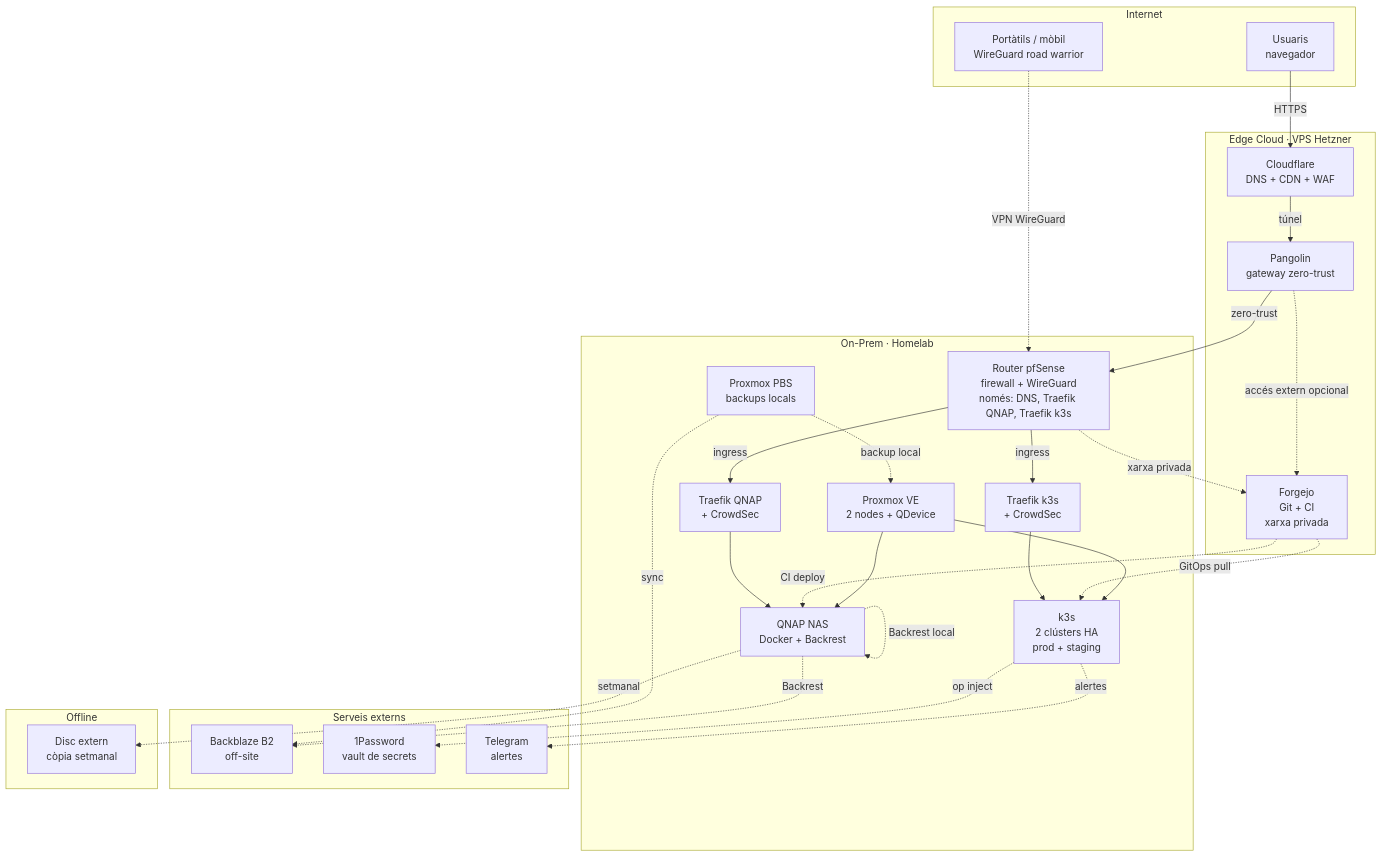
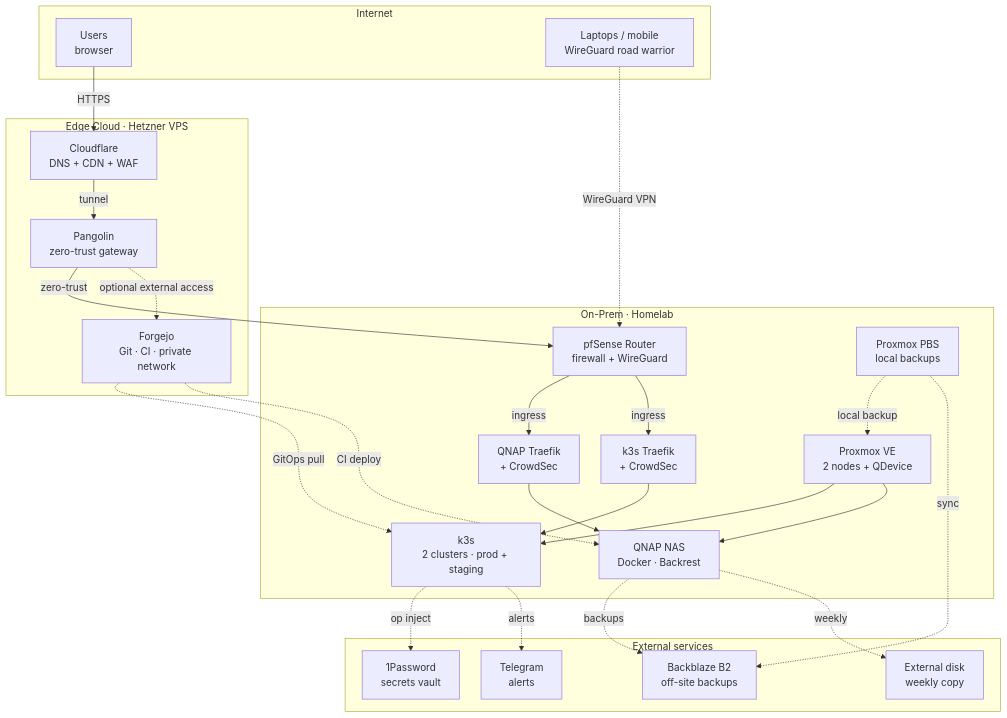
The diagram in content/en/architecture.md (aygosan/portfoli), drawn with Mermaid before and after one commit. The commit also changed 2 other files, not shown here.

Commit message:
web: mermaid equilibrat (spacing init, offline dins serveis externs, labels curts)

```diff
--- a/content/en/architecture.md
+++ b/content/en/architecture.md
@@ -25,61 +25,54 @@
 {{< mermaid >}}
+%%{init: {"flowchart": {"nodeSpacing": 35, "rankSpacing": 40, "wrappingWidth": 180}} }%%
 flowchart TB
-
     subgraph Internet["Internet"]
-        USER["Usuaris<br/>navegador"]
-        REMOTE["Portàtils / mòbil<br/>WireGuard road warrior"]
+        USER["Users<br/>browser"]
+        REMOTE["Laptops / mobile<br/>WireGuard road warrior"]
     end
 
-    subgraph Edge["Edge Cloud · VPS Hetzner"]
+    subgraph Edge["Edge Cloud · Hetzner VPS"]
         CF["Cloudflare<br/>DNS + CDN + WAF"]
-        PANGOLIN["Pangolin<br/>gateway zero-trust"]
-        FORGEJO["Forgejo<br/>Git + CI<br/>xarxa privada"]
+        PANGOLIN["Pangolin<br/>zero-trust gateway"]
+        FORGEJO["Forgejo<br/>Git · CI · private network"]
     end
 
     subgraph OnPrem["On-Prem · Homelab"]
-        PFSENSE["Router pfSense<br/>firewall + WireGuard<br/>només: DNS, Traefik QNAP, Traefik k3s"]
+        PFSENSE["pfSense Router<br/>firewall + WireGuard"]
+        TRAEFIK_Q["QNAP Traefik<br/>+ CrowdSec"]
+        TRAEFIK_K["k3s Traefik<br/>+ CrowdSec"]
+        QNAP["QNAP NAS<br/>Docker · Backrest"]
+        K8S["k3s<br/>2 clusters · prod + staging"]
         PROXMOX["Proxmox VE<br/>2 nodes + QDevice"]
-        K8S["k3s<br/>2 clústers HA<br/>prod + staging"]
-        QNAP["QNAP NAS<br/>Docker + Backrest"]
-        TRAEFIK_K["Traefik k3s<br/>+ CrowdSec"]
-        TRAEFIK_Q["Traefik QNAP<br/>+ CrowdSec"]
-        PBS["Proxmox PBS<br/>backups locals"]
+        PBS["Proxmox PBS<br/>local backups"]
     end
 
-    subgraph Ext["Serveis externs"]
-        B2["Backblaze B2<br/>off-site"]
-        ONEPW["1Password<br/>vault de secrets"]
-        TG["Telegram<br/>alertes"]
+    subgraph Ext["External services"]
+        B2["Backblaze B2<br/>off-site backups"]
+        ONEPW["1Password<br/>secrets vault"]
+        TG["Telegram<br/>alerts"]
+        EXTDISK["External disk<br/>weekly copy"]
     end
 
-    subgraph Off["Offline"]
-        EXTDISK["Disc extern<br/>còpia setmanal"]
-    end
-
-    CF -->|túnel| PANGOLIN
     USER -->|HTTPS| CF
+    CF -->|tunnel| PANGOLIN
     PANGOLIN -->|zero-trust| PFSENSE
+    REMOTE -.->|WireGuard VPN| PFSENSE
 
     PFSENSE -->|ingress| TRAEFIK_Q
     PFSENSE -->|ingress| TRAEFIK_K
     TRAEFIK_Q --> QNAP
     TRAEFIK_K --> K8S
+    PROXMOX --> K8S
+    PROXMOX --> QNAP
 
-    REMOTE -.->|VPN WireGuard| PFSENSE
-    PFSENSE -.->|xarxa privada| FORGEJO
-    PANGOLIN -.->|accés extern opcional| FORGEJO
-
+    PANGOLIN -.->|optional external access| FORGEJO
     FORGEJO -.->|GitOps pull| K8S
     FORGEJO -.->|CI deploy| QNAP
 
-    PROXMOX --> K8S
-    PROXMOX --> QNAP
-    PBS -.->|backup local| PROXMOX
+    PBS -.->|local backup| PROXMOX
     PBS -.->|sync| B2
-    QNAP -.->|Backrest local| QNAP
-    QNAP -.->|Backrest| B2
-    QNAP -.->|setmanal| EXTDISK
-
+    QNAP -.->|backups| B2
+    QNAP -.->|weekly| EXTDISK
     K8S -.->|op inject| ONEPW
-    K8S -.->|alertes| TG
+    K8S -.->|alerts| TG
 {{< /mermaid >}}
```
